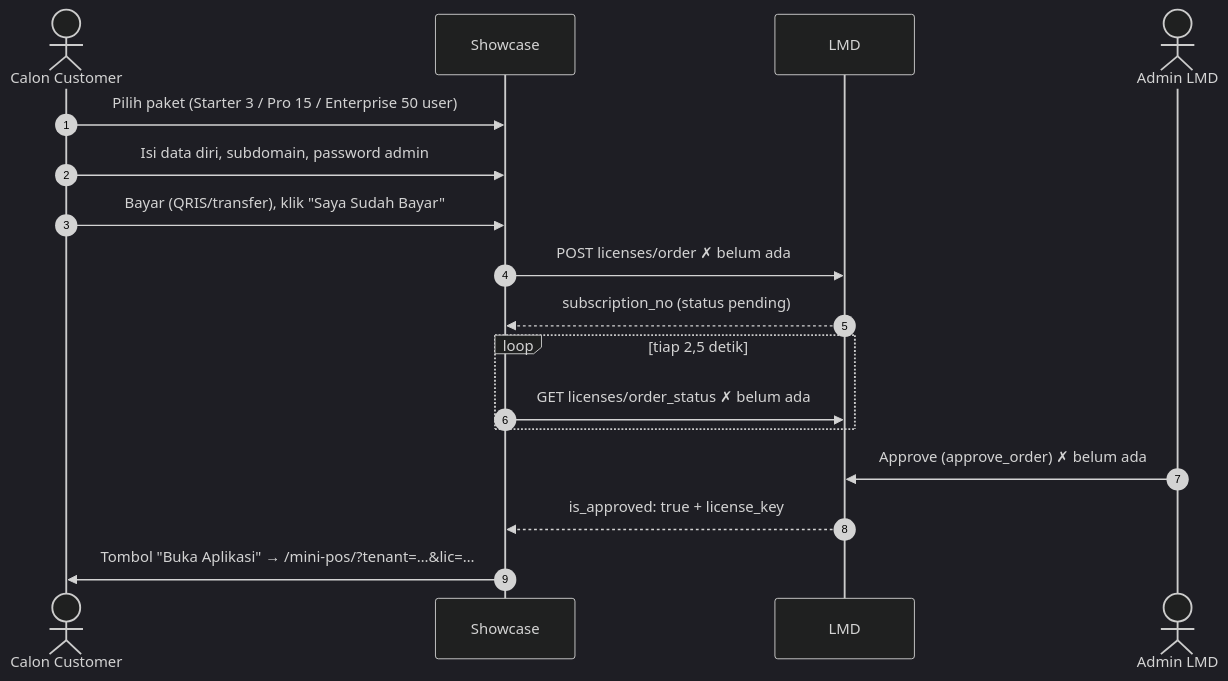
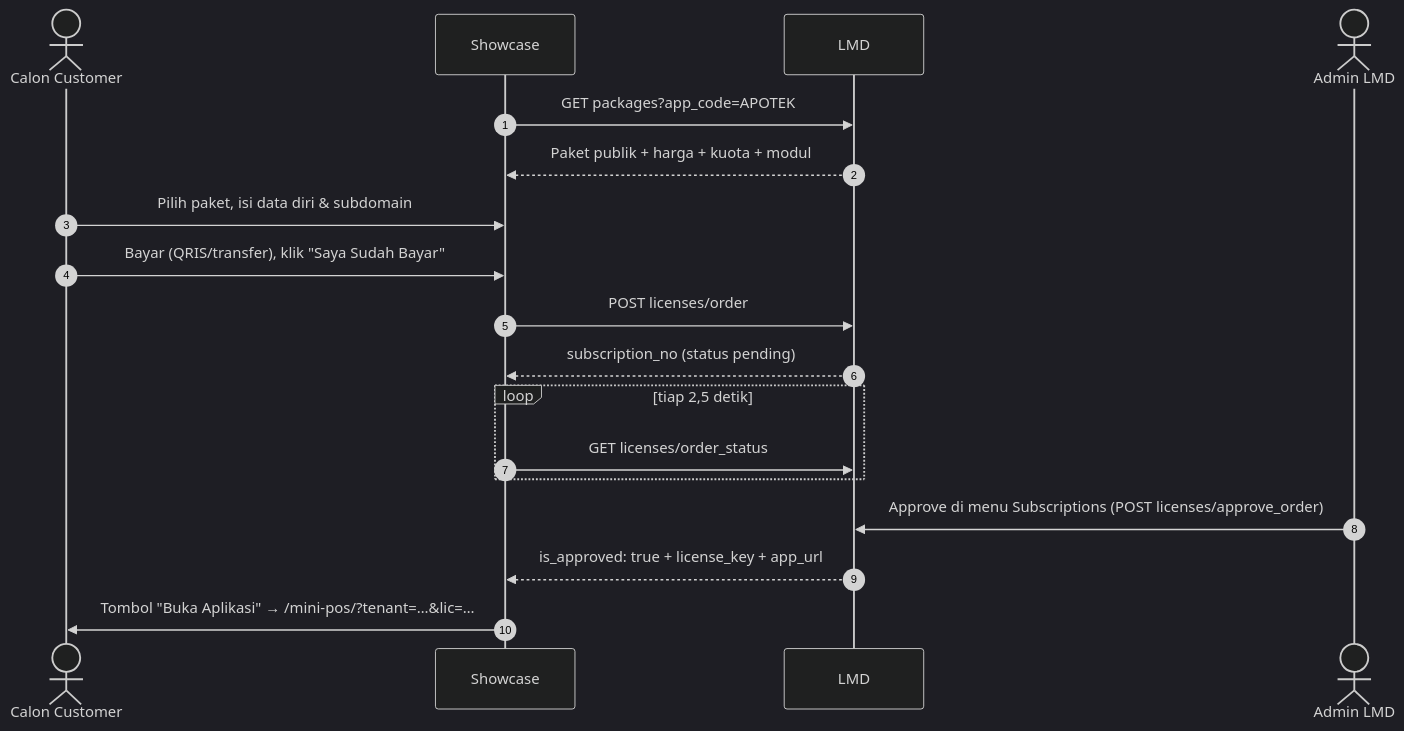
The second of 2 diagrams in docs/EKOSISTEM_CARA_KERJA.md (joan-hidayat/LMD), drawn with Mermaid (dark theme) before and after one commit. The commit also changed other lines of this file and 10 other files, not shown here.

````diff
--- a/docs/EKOSISTEM_CARA_KERJA.md
+++ b/docs/EKOSISTEM_CARA_KERJA.md
@@ -85,19 +85,20 @@
 ```mermaid
 sequenceDiagram
     autonumber
     actor C as Calon Customer
     participant S as Showcase
     participant L as LMD
     actor A as Admin LMD
-    C->>S: Pilih paket (Starter 3 / Pro 15 / Enterprise 50 user)
-    C->>S: Isi data diri, subdomain, password admin
+    S->>L: GET packages?app_code=APOTEK
+    L-->>S: Paket publik + harga + kuota + modul
+    C->>S: Pilih paket, isi data diri & subdomain
     C->>S: Bayar (QRIS/transfer), klik "Saya Sudah Bayar"
-    S->>L: POST licenses/order  ✗ belum ada
+    S->>L: POST licenses/order
     L-->>S: subscription_no (status pending)
     loop tiap 2,5 detik
-        S->>L: GET licenses/order_status  ✗ belum ada
+        S->>L: GET licenses/order_status
     end
-    A->>L: Approve (approve_order)  ✗ belum ada
-    L-->>S: is_approved: true + license_key
+    A->>L: Approve di menu Subscriptions (POST licenses/approve_order)
+    L-->>S: is_approved: true + license_key + app_url
     S->>C: Tombol "Buka Aplikasi" → /mini-pos/?tenant=…&lic=…
 ```
````
